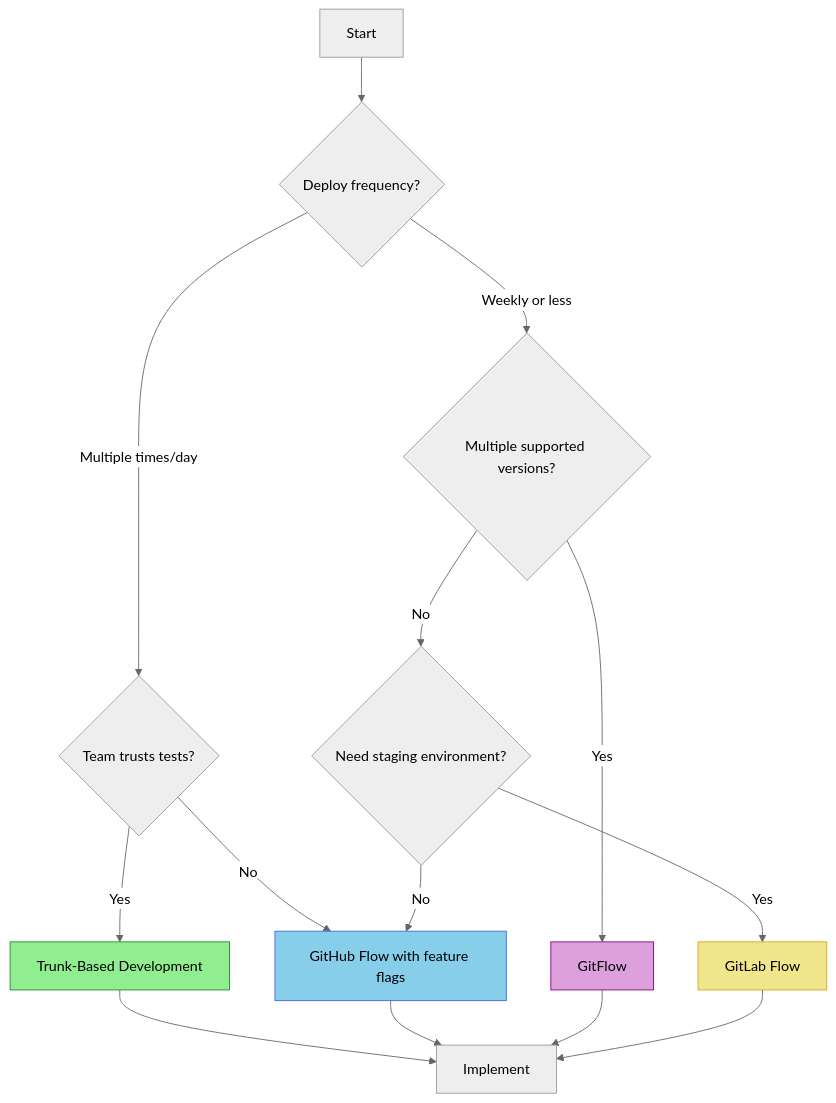
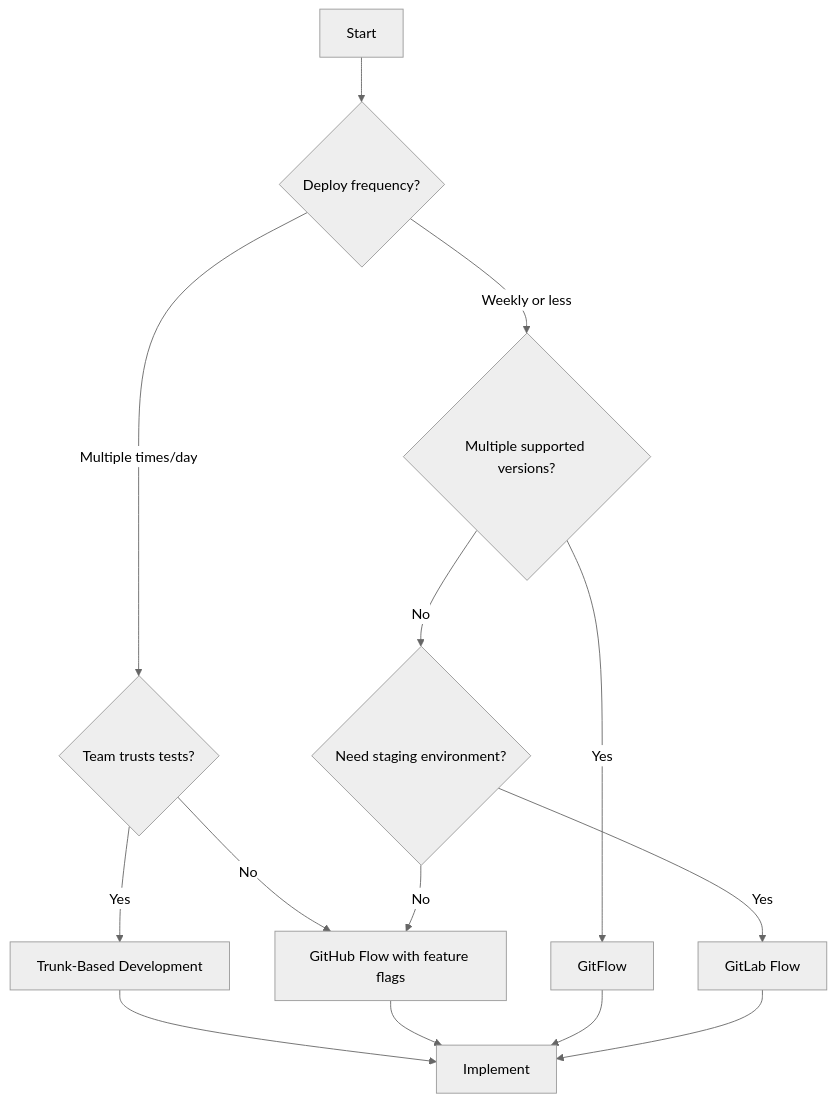
The seventh of 8 diagrams in docs/cicd/branching-strategies.md (shivam-g-mishra/blog), drawn with Mermaid before and after one commit. The commit also changed other lines of this file and 23 other files, not shown here.

First line of the commit message:
fix: improve Mermaid diagram visibility in dark mode

````diff
--- a/docs/cicd/branching-strategies.md
+++ b/docs/cicd/branching-strategies.md
@@ -513,26 +482,21 @@
 ```mermaid
 %%{init: {'theme': 'neutral'}}%%
 flowchart TD
     A[Start] --> B{Deploy frequency?}
     B -->|Multiple times/day| C{Team trusts tests?}
     B -->|Weekly or less| D{Multiple supported versions?}
     
     C -->|Yes| E[Trunk-Based Development]
     C -->|No| F[GitHub Flow with feature flags]
     
     D -->|Yes| G[GitFlow]
     D -->|No| H{Need staging environment?}
     
     H -->|Yes| I[GitLab Flow]
     H -->|No| F
     
     E --> J[Implement]
     F --> J
     G --> J
     I --> J
-    
-    style E fill:#90EE90,stroke:#228B22
-    style F fill:#87CEEB,stroke:#4169E1
-    style G fill:#DDA0DD,stroke:#8B008B
-    style I fill:#F0E68C,stroke:#DAA520
 ```
````
